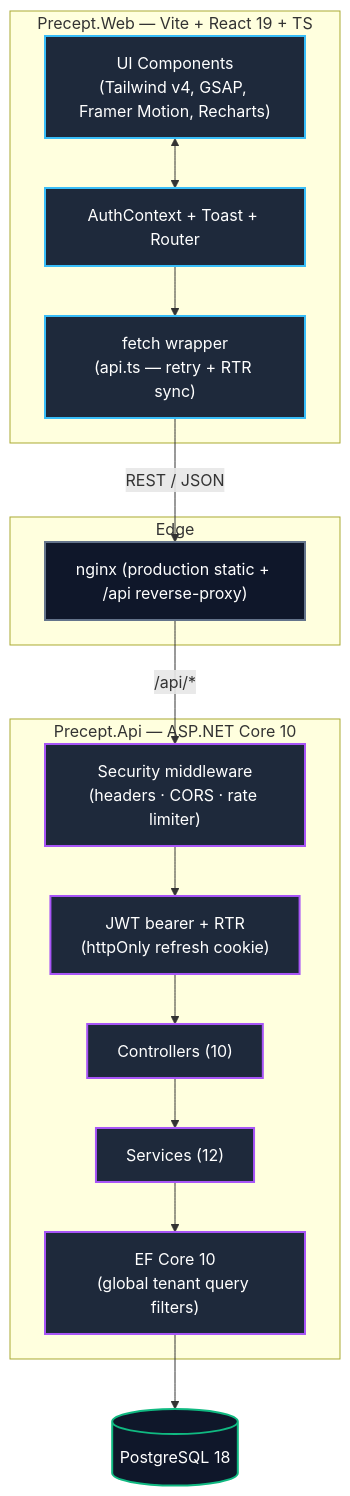
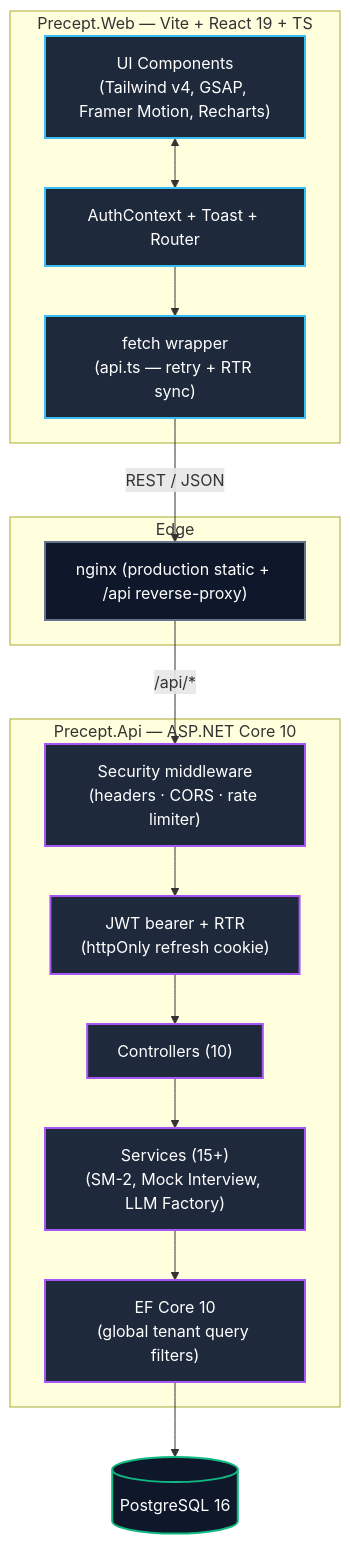
One commit to austinchima/Precept changed the first of 2 diagrams in README.md. Above: the diagram before and after it, drawn with Mermaid. The commit also changed other lines of this file and 53 other files, not shown here.

Commit message:
feat: implement SM-2 spaced repetition, AI-agnostic mock interview, live demo, and analytics

````diff
--- a/README.md
+++ b/README.md
@@ -75,37 +75,37 @@
 ```mermaid
 graph TD
     classDef frontend fill:#1E293B,stroke:#38BDF8,stroke-width:2px,color:#fff;
     classDef backend  fill:#1E293B,stroke:#A855F7,stroke-width:2px,color:#fff;
     classDef database fill:#0F172A,stroke:#10B981,stroke-width:2px,color:#fff;
     classDef edge     fill:#0F172A,stroke:#64748B,stroke-width:2px,color:#fff;
 
     subgraph Client ["Precept.Web — Vite + React 19 + TS"]
         UI["UI Components<br/>(Tailwind v4, GSAP, Framer Motion, Recharts)"]:::frontend
         Ctx["AuthContext + Toast + Router"]:::frontend
         HTTP["fetch wrapper<br/>(api.ts — retry + RTR sync)"]:::frontend
     end
 
     subgraph Edge ["Edge"]
         NG["nginx (production static + /api reverse-proxy)"]:::edge
     end
 
     subgraph Server ["Precept.Api — ASP.NET Core 10"]
         SEC["Security middleware<br/>(headers · CORS · rate limiter)"]:::backend
         AUTH["JWT bearer + RTR<br/>(httpOnly refresh cookie)"]:::backend
         CTRL["Controllers (10)"]:::backend
-        SVC["Services (12)"]:::backend
+        SVC["Services (15+)<br/>(SM-2, Mock Interview, LLM Factory)"]:::backend
         EF["EF Core 10<br/>(global tenant query filters)"]:::backend
     end
 
-    DB[("PostgreSQL 18")]:::database
+    DB[("PostgreSQL 16")]:::database
 
     UI <--> Ctx
     Ctx --> HTTP
     HTTP -->|REST / JSON| NG
     NG -->|/api/*| SEC
     SEC --> AUTH
     AUTH --> CTRL
     CTRL --> SVC
     SVC --> EF
     EF --> DB
 ```
````
